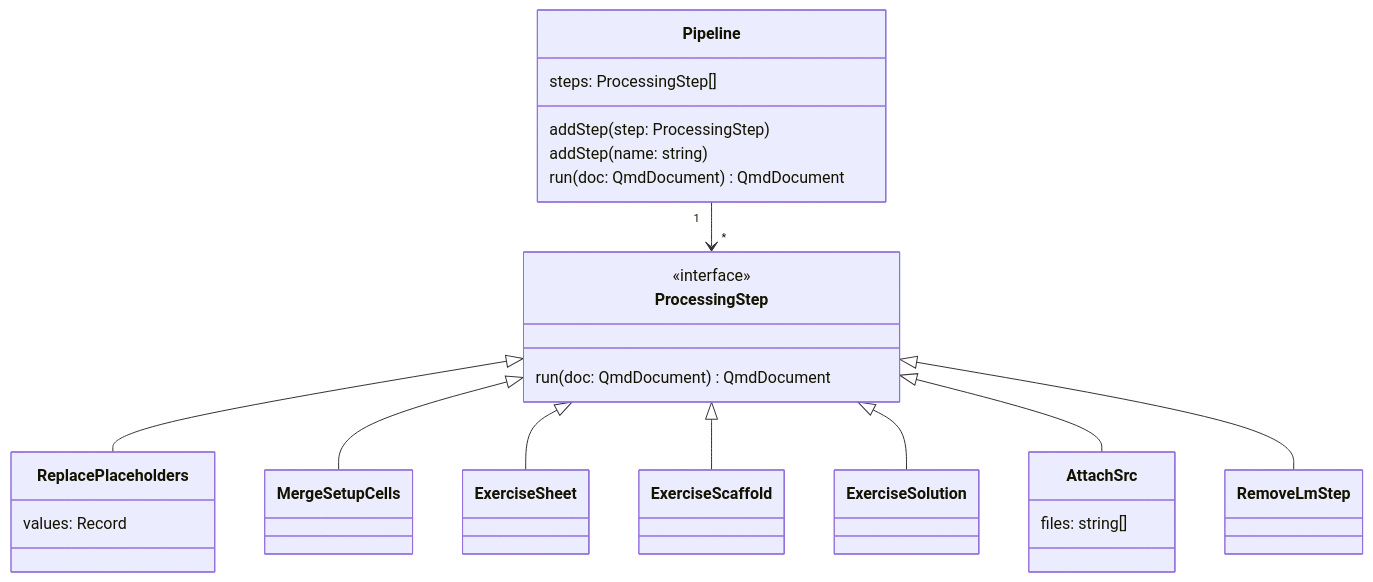
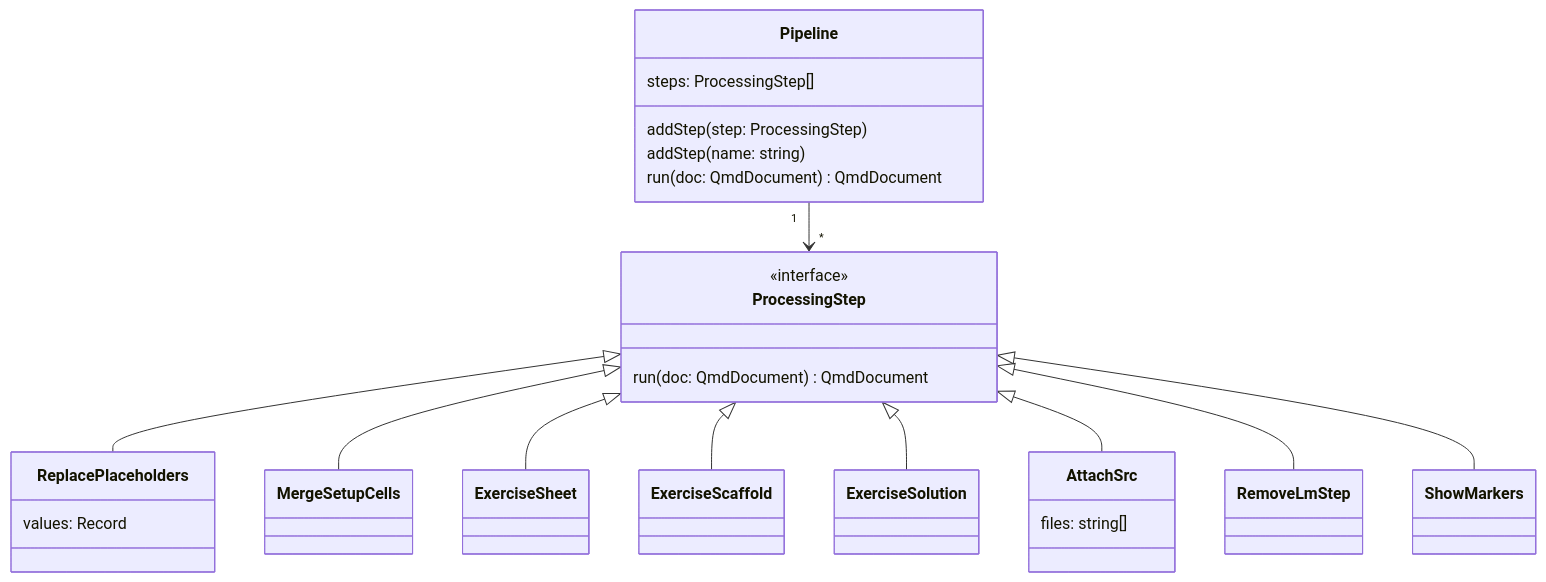
Before and after one commit to matthiasbaitsch/quarto-loi-moi: the third of 5 diagrams in DESIGN.md, drawn with Mermaid. The commit also changed 9 other files, not shown here.

Commit message:
Step show-markers: marker CSS from the extension, only in the preview

````diff
--- a/DESIGN.md
+++ b/DESIGN.md
@@ -127,28 +127,29 @@
 ```mermaid
 classDiagram
   direction TD
   Pipeline "1" --> "*" ProcessingStep
   ProcessingStep <|-- ReplacePlaceholders
   ProcessingStep <|-- MergeSetupCells
   ProcessingStep <|-- ExerciseSheet
   ProcessingStep <|-- ExerciseScaffold
   ProcessingStep <|-- ExerciseSolution
   ProcessingStep <|-- AttachSrc
   ProcessingStep <|-- RemoveLmStep
+  ProcessingStep <|-- ShowMarkers
   class Pipeline {
     steps: ProcessingStep[]
     addStep(step: ProcessingStep)
     addStep(name: string)
     run(doc: QmdDocument) QmdDocument
   }
   class ProcessingStep {
     <<interface>>
     run(doc: QmdDocument) QmdDocument
   }
   class ReplacePlaceholders {
     values: Record
   }
   class AttachSrc {
     files: string[]
   }
 ```
````
